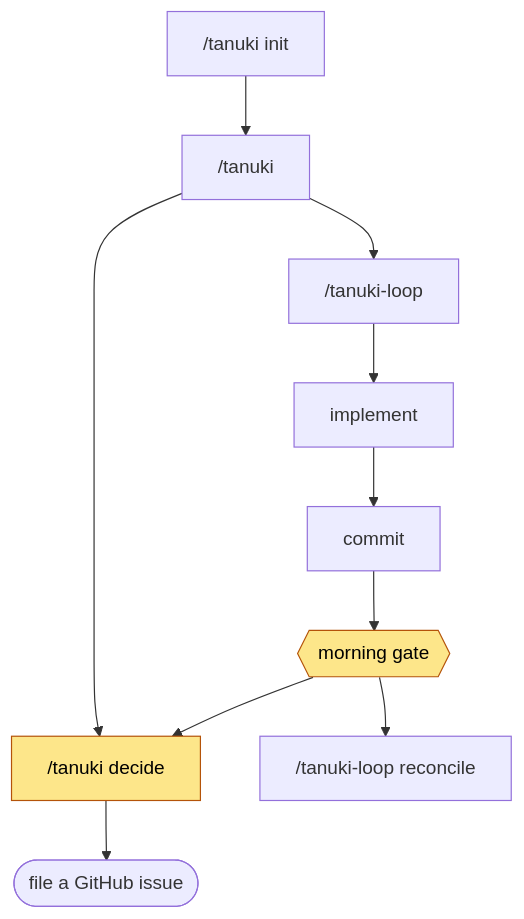
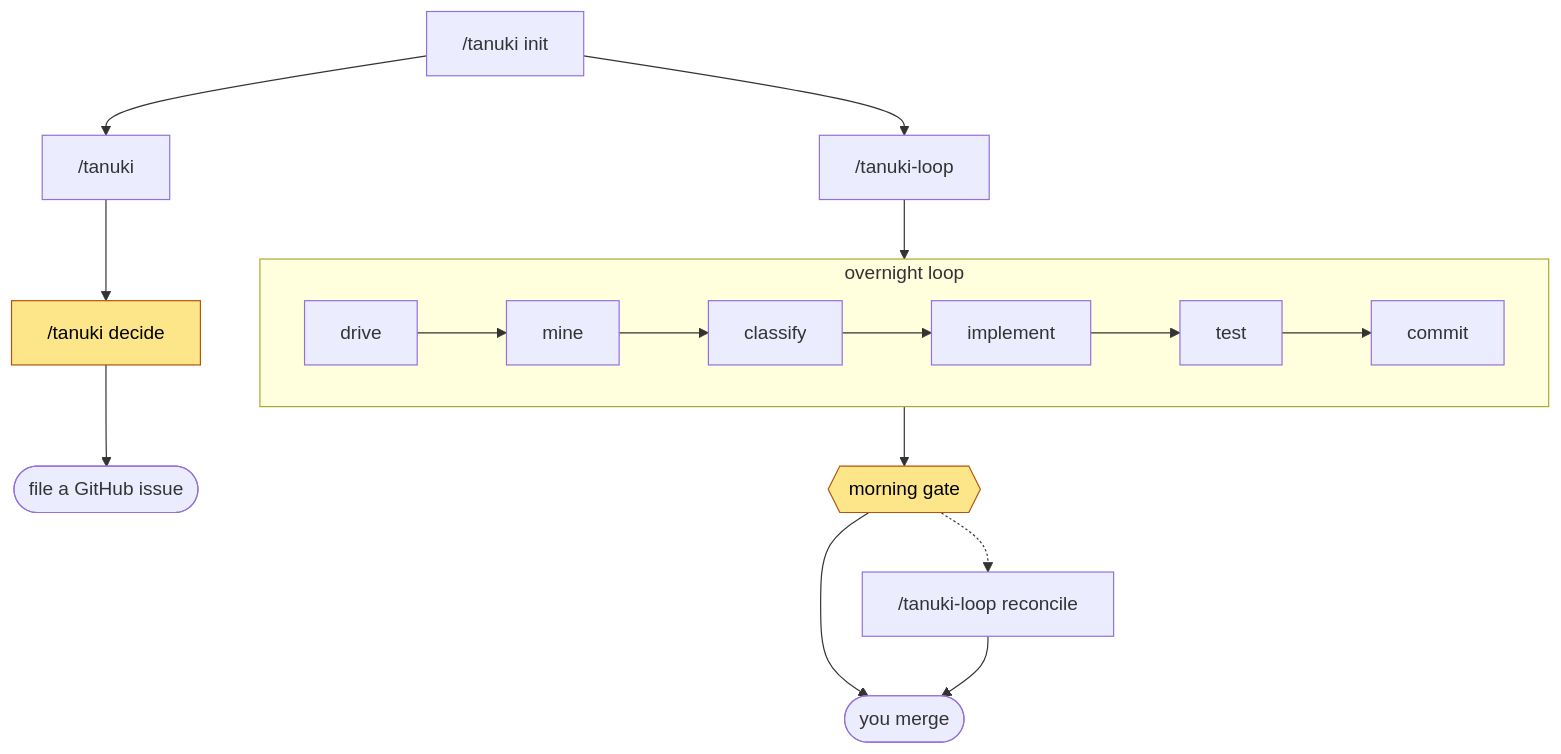
The diagram in README.md (tim-nish/tanuki), drawn with Mermaid before and after one commit. The commit also changed other lines of this file, not shown here.

First line of the commit message:
docs: correct the basic-sequence diagram to match the real workflow

````diff
--- a/README.md
+++ b/README.md
@@ -141,16 +140,22 @@
 ```mermaid
 flowchart TD
-    init["/tanuki init"] --> run["/tanuki"]
-    run --> decide["/tanuki decide"]
+    init["/tanuki init"]
+    init --> tanuki["/tanuki"]
+    init --> loop["/tanuki-loop"]
+
+    tanuki --> decide["/tanuki decide"]
     decide --> issue(["file a GitHub issue"])
 
-    run --> loop["/tanuki-loop"]
-    loop --> implement["implement"]
-    implement --> commit["commit"]
+    subgraph iterate["overnight loop"]
+      direction LR
+      drive["drive"] --> mine["mine"] --> classify["classify"] --> implement["implement"] --> test["test"] --> commit["commit"]
+    end
+    loop --> drive
     commit --> morning{{"morning gate"}}
-    morning --> reconcile["/tanuki-loop reconcile"]
-    morning --> decide
+    morning --> merge(["you merge"])
+    morning -.-> reconcile["/tanuki-loop reconcile"]
+    reconcile --> merge
 
     classDef gate fill:#fde68a,stroke:#b45309,color:#000;
     class decide,morning gate;
 ```
````
